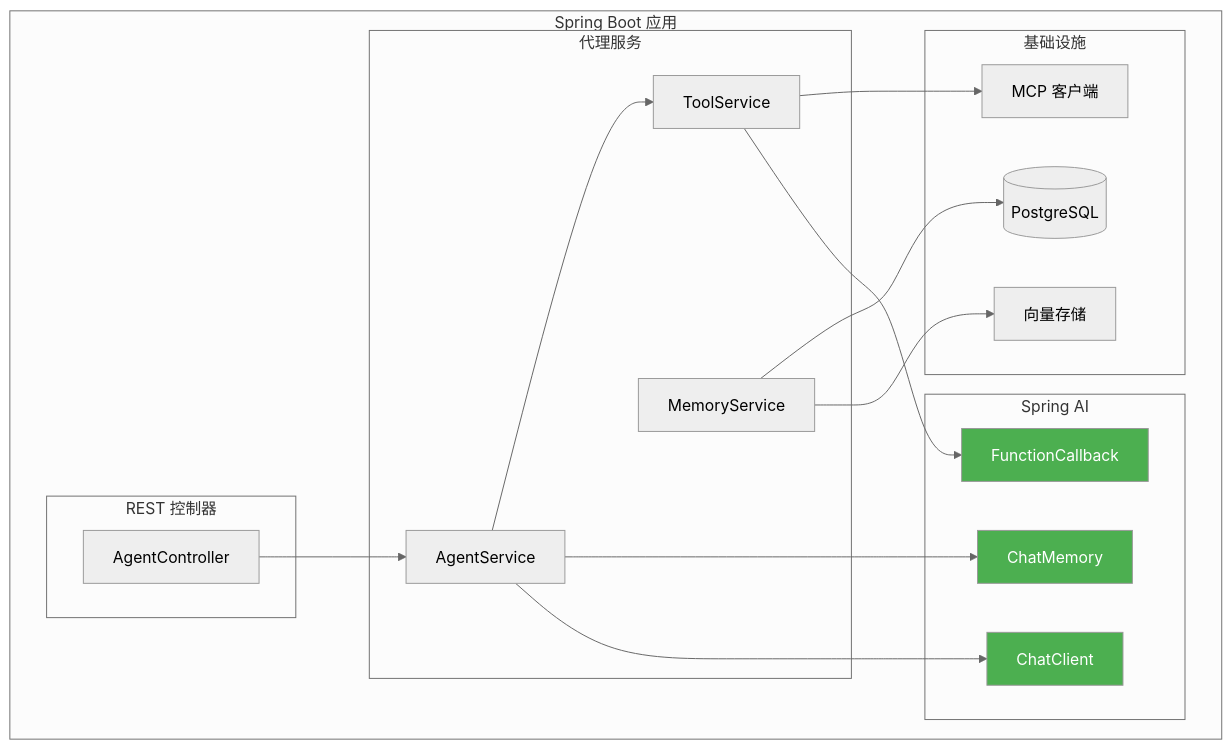
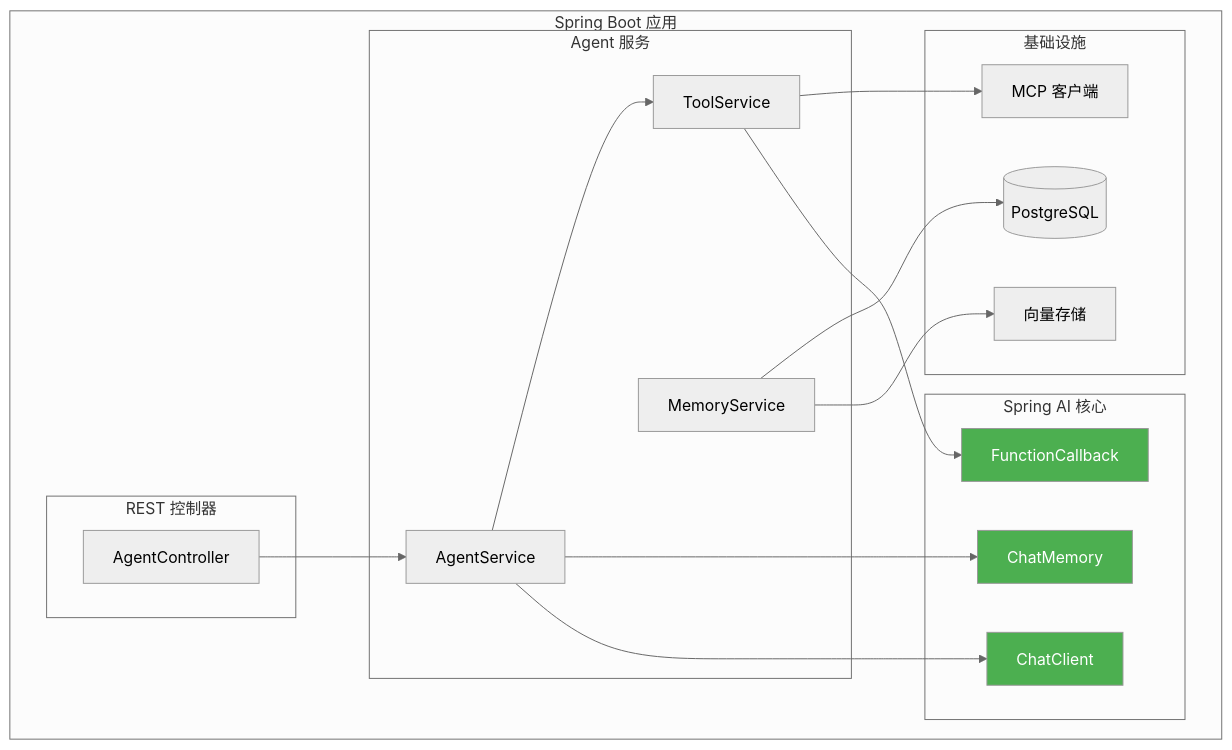
Before and after one commit to YiWang24/AiDIY: the second of 2 diagrams in i18n/zh-Hans/docusaurus-plugin-content-docs/current/ai/agents/frameworks.mdx, drawn with Mermaid (neutral theme). The commit also changed other lines of this file and 59 other files, not shown here.

````diff
--- a/i18n/zh-Hans/docusaurus-plugin-content-docs/current/ai/agents/frameworks.mdx
+++ b/i18n/zh-Hans/docusaurus-plugin-content-docs/current/ai/agents/frameworks.mdx
@@ -74,39 +74,39 @@
 ```mermaid
 flowchart TB
     subgraph SpringApp["Spring Boot 应用"]
         subgraph Controllers["REST 控制器"]
             C1[AgentController]
         end
 
-        subgraph Services["代理服务"]
+        subgraph Services["Agent 服务"]
             AS[AgentService]
             TS[ToolService]
             MS[MemoryService]
         end
 
-        subgraph SpringAI["Spring AI"]
+        subgraph SpringAI["Spring AI 核心"]
             CC[ChatClient]
             CM[ChatMemory]
             FC[FunctionCallback]
         end
 
         subgraph Infrastructure["基础设施"]
             MCP[MCP 客户端]
             VDB[向量存储]
             R2[(PostgreSQL)]
         end
     end
 
     C1 --> AS
     AS --> CC
     AS --> CM
     AS --> TS
     TS --> FC
     TS --> MCP
     MS --> VDB
     MS --> R2
 
     style CC fill:#4caf50,color:#fff
     style CM fill:#4caf50,color:#fff
     style FC fill:#4caf50,color:#fff
 ```
````
